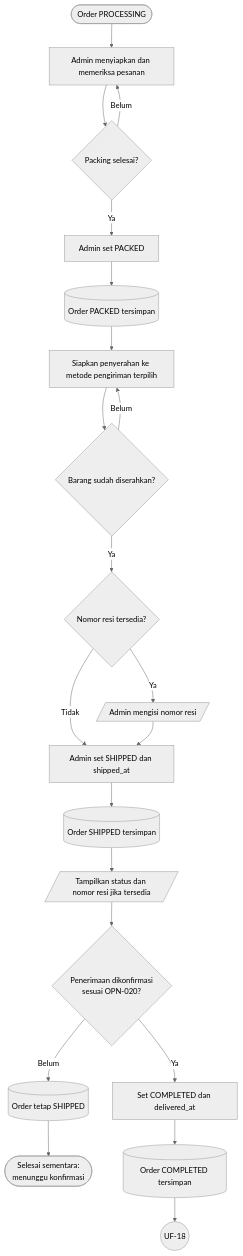
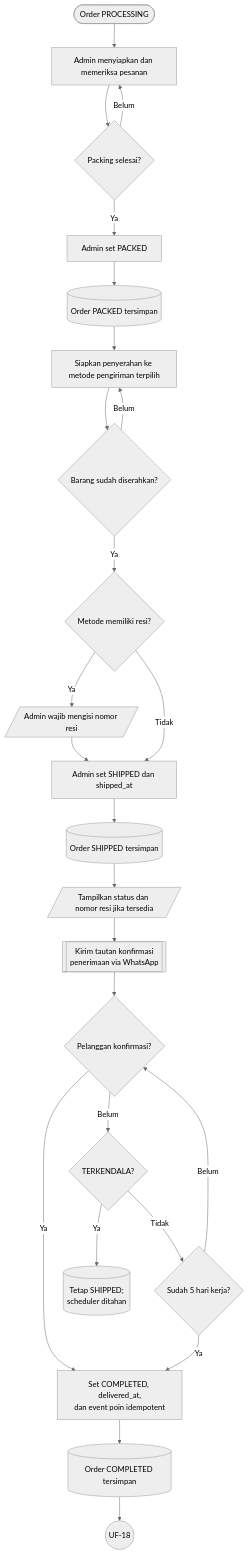
One commit to Webekspres/pixel-komunika changed diagram 12 of 19 in docs/design/USER_FLOWS.md. Above: the diagram before and after it, drawn with Mermaid (neutral theme). The commit also changed other lines of this file and 9 other files, not shown here.

````diff
--- a/docs/design/USER_FLOWS.md
+++ b/docs/design/USER_FLOWS.md
@@ -403,25 +403,29 @@
 ```mermaid
 flowchart TD
     A(["Order PROCESSING"]) --> B["Admin menyiapkan dan memeriksa pesanan"]
     B --> C{"Packing selesai?"}
     C -->|Belum| B
     C -->|Ya| D["Admin set PACKED"]
     D --> E[("Order PACKED tersimpan")]
     E --> F["Siapkan penyerahan ke metode pengiriman terpilih"]
     F --> G{"Barang sudah diserahkan?"}
     G -->|Belum| F
-    G -->|Ya| H{"Nomor resi tersedia?"}
-    H -->|Ya| I[/"Admin mengisi nomor resi"/]
+    G -->|Ya| H{"Metode memiliki resi?"}
+    H -->|Ya| I[/"Admin wajib mengisi nomor resi"/]
     H -->|Tidak| J["Admin set SHIPPED dan shipped_at"]
     I --> J
     J --> K[("Order SHIPPED tersimpan")]
     K --> L[/"Tampilkan status dan nomor resi jika tersedia"/]
-    L --> M{"Penerimaan dikonfirmasi<br/>sesuai OPN-020?"}
-    M -->|Belum| N[("Order tetap SHIPPED")]
-    N --> O(["Selesai sementara:<br/>menunggu konfirmasi"])
-    M -->|Ya| P["Set COMPLETED dan delivered_at"]
+    L --> M[["Kirim tautan konfirmasi<br/>penerimaan via WhatsApp"]]
+    M --> N{"Pelanggan konfirmasi?"}
+    N -->|Ya| P["Set COMPLETED, delivered_at,<br/>dan event poin idempotent"]
+    N -->|Belum| N1{"TERKENDALA?"}
+    N1 -->|Ya| N2[("Tetap SHIPPED;<br/>scheduler ditahan")]
+    N1 -->|Tidak| N3{"Sudah 5 hari kerja?"}
+    N3 -->|Belum| N
+    N3 -->|Ya| P
     P --> Q[("Order COMPLETED tersimpan")]
     Q --> C_UF18((UF-18))
 
     click C_UF18 "#uf-18-laporan-dan-audit"
 ```
````
